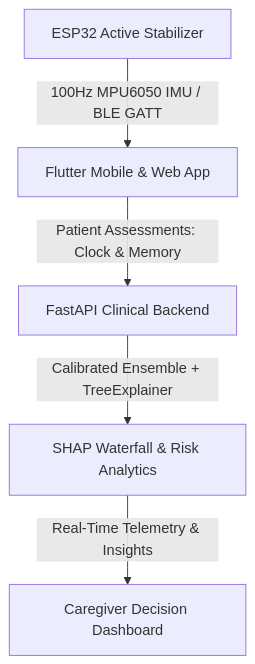
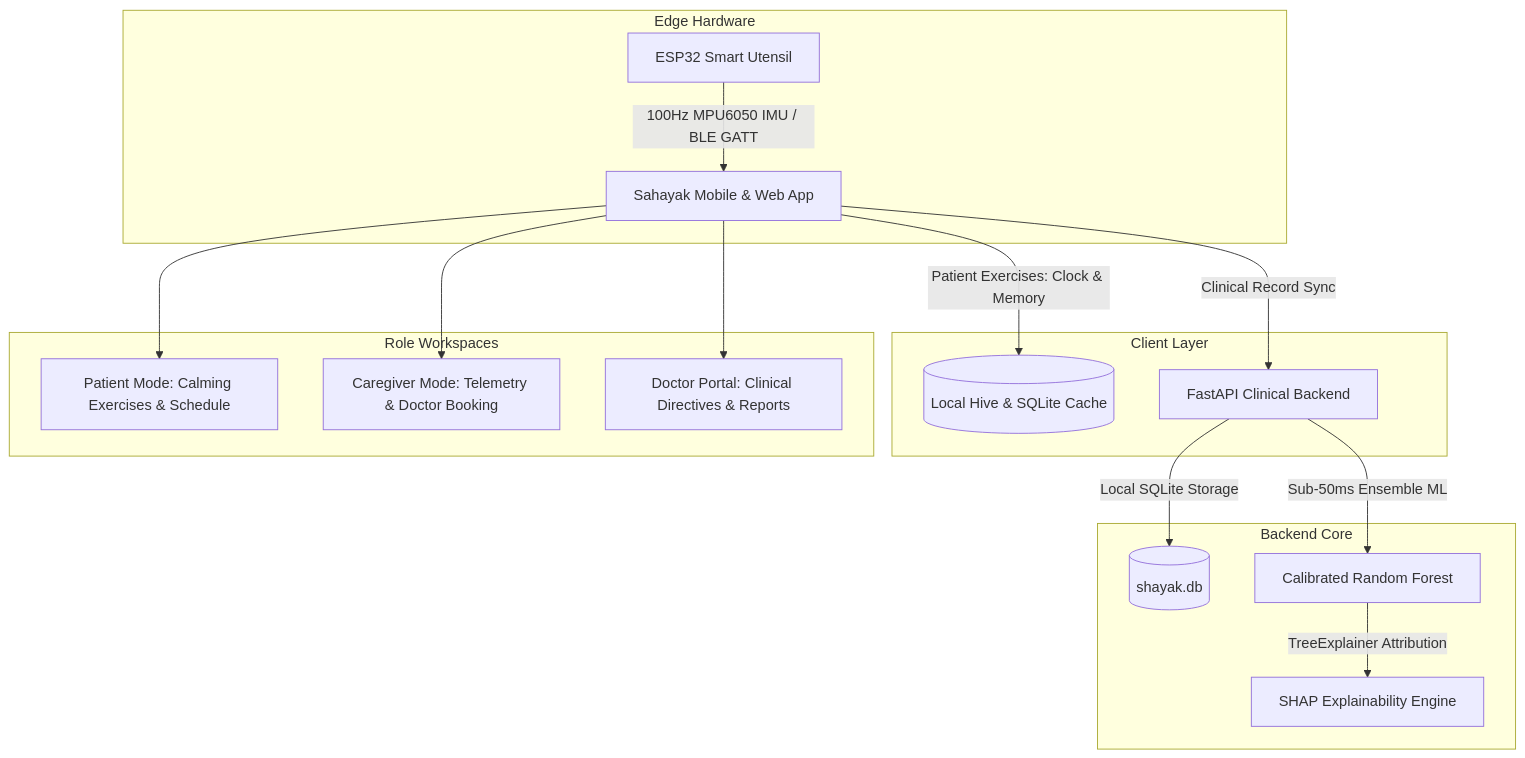
Before and after one commit to Shivansh1146/SIH-Final-Round: the diagram in README.md, drawn with Mermaid. The commit also changed other lines of this file and 8 other files, not shown here.

Commit message:
Update README.md, restore landing page, fix mobile overflow bugs, and integrate SQLite

````diff
--- a/README.md
+++ b/README.md
@@ -9,7 +27,23 @@
 ```mermaid
 graph TD
-    A[ESP32 Active Stabilizer] -->|100Hz MPU6050 IMU / BLE GATT| B[Flutter Mobile & Web App]
-    B -->|Patient Assessments: Clock & Memory| C[FastAPI Clinical Backend]
-    C -->|Calibrated Ensemble + TreeExplainer| D[SHAP Waterfall & Risk Analytics]
-    D -->|Real-Time Telemetry & Insights| E[Caregiver Decision Dashboard]
+    subgraph Edge Hardware
+        HW[ESP32 Smart Utensil] -->|100Hz MPU6050 IMU / BLE GATT| APP[Sahayak Mobile & Web App]
+    end
+
+    subgraph Client Layer
+        APP -->|Patient Exercises: Clock & Memory| DB[(Local Hive & SQLite Cache)]
+        APP -->|Clinical Record Sync| API[FastAPI Clinical Backend]
+    end
+
+    subgraph Backend Core
+        API -->|Local SQLite Storage| SQL[(shayak.db)]
+        API -->|Sub-50ms Ensemble ML| ML[Calibrated Random Forest]
+        ML -->|TreeExplainer Attribution| SHAP[SHAP Explainability Engine]
+    end
+
+    subgraph Role Workspaces
+        APP --> P[Patient Mode: Calming Exercises & Schedule]
+        APP --> C[Caregiver Mode: Telemetry & Doctor Booking]
+        APP --> D[Doctor Portal: Clinical Directives & Reports]
+    end
 ```
````
